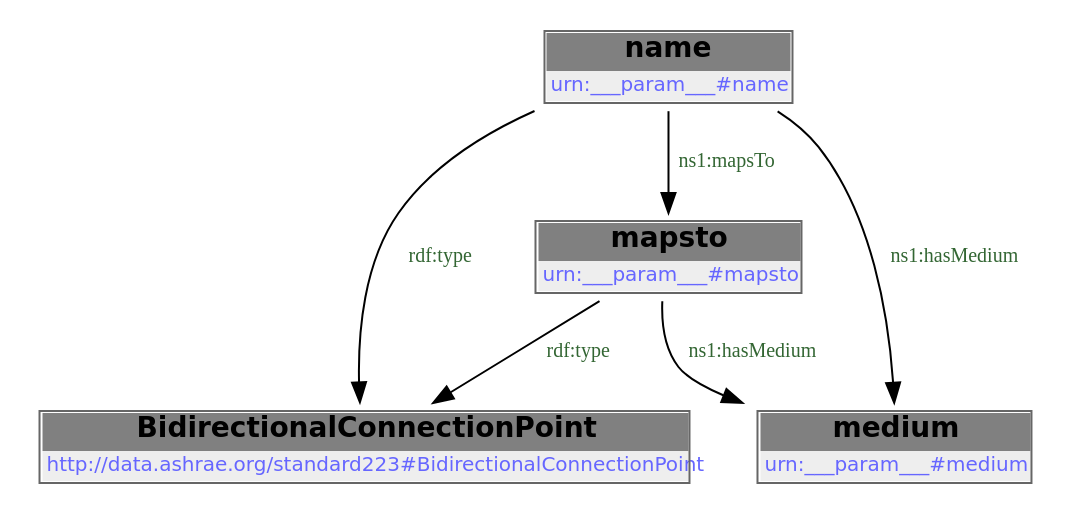
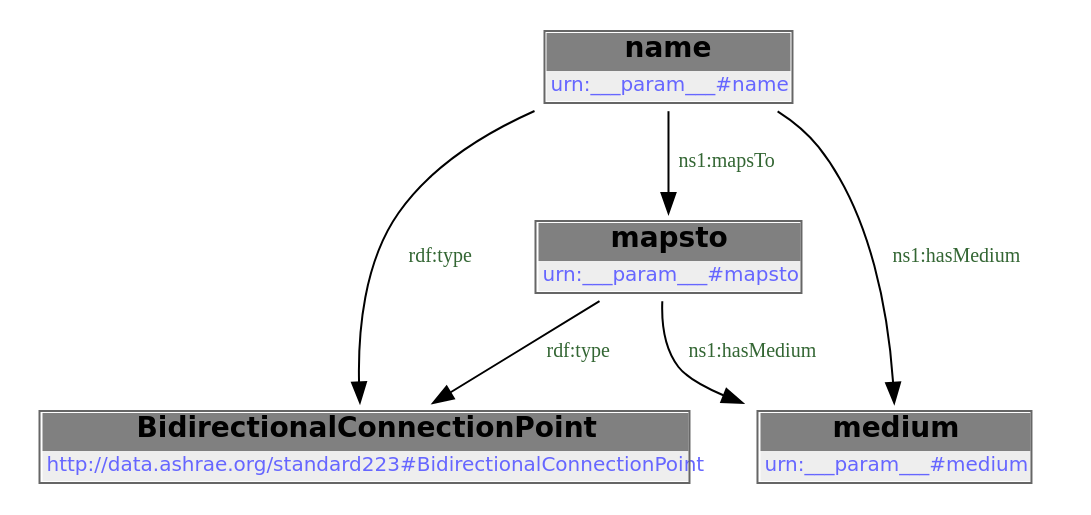
Before and after one commit to DataDrivenCPS/water-ontology: the first of 2 diagrams in docs/libraries/templates/bidirectional-cp.rst, drawn with Graphviz. The commit also changed other lines of this file and 33 other files, not shown here.

```diff
--- a/docs/libraries/templates/bidirectional-cp.rst
+++ b/docs/libraries/templates/bidirectional-cp.rst
@@ -64,14 +64,14 @@
         .. graphviz::
 
                 digraph G {
             node [fontname="DejaVu Sans"];
             node0 -> node1 [color=BLACK, label=< <font point-size='10' color='#336633'>rdf:type</font> >];
             node2 -> node1 [color=BLACK, label=< <font point-size='10' color='#336633'>rdf:type</font> >];
-            node0 -> node2 [color=BLACK, label=< <font point-size='10' color='#336633'>ns1:mapsTo</font> >];
+            node2 -> node0 [color=BLACK, label=< <font point-size='10' color='#336633'>ns1:mapsTo</font> >];
+            node0 -> node3 [color=BLACK, label=< <font point-size='10' color='#336633'>ns1:hasMedium</font> >];
             node2 -> node3 [color=BLACK, label=< <font point-size='10' color='#336633'>ns1:hasMedium</font> >];
-            node0 -> node3 [color=BLACK, label=< <font point-size='10' color='#336633'>ns1:hasMedium</font> >];
-            node0 [shape=none, color=black, label=< <table color='#666666' cellborder='0' cellspacing='0' border='1'><tr><td colspan='2' bgcolor='grey'><B>name</B></td></tr><tr><td href='urn:___param___#name' bgcolor='#eeeeee' colspan='2'><font point-size='10' color='#6666ff'>urn:___param___#name</font></td></tr></table> >];
+            node0 [shape=none, color=black, label=< <table color='#666666' cellborder='0' cellspacing='0' border='1'><tr><td colspan='2' bgcolor='grey'><B>mapsto</B></td></tr><tr><td href='urn:___param___#mapsto' bgcolor='#eeeeee' colspan='2'><font point-size='10' color='#6666ff'>urn:___param___#mapsto</font></td></tr></table> >];
             node1 [shape=none, color=black, label=< <table color='#666666' cellborder='0' cellspacing='0' border='1'><tr><td colspan='2' bgcolor='grey'><B>BidirectionalConnectionPoint</B></td></tr><tr><td href='http://data.ashrae.org/standard223#BidirectionalConnectionPoint' bgcolor='#eeeeee' colspan='2'><font point-size='10' color='#6666ff'>http://data.ashrae.org/standard223#BidirectionalConnectionPoint</font></td></tr></table> >];
-            node2 [shape=none, color=black, label=< <table color='#666666' cellborder='0' cellspacing='0' border='1'><tr><td colspan='2' bgcolor='grey'><B>mapsto</B></td></tr><tr><td href='urn:___param___#mapsto' bgcolor='#eeeeee' colspan='2'><font point-size='10' color='#6666ff'>urn:___param___#mapsto</font></td></tr></table> >];
+            node2 [shape=none, color=black, label=< <table color='#666666' cellborder='0' cellspacing='0' border='1'><tr><td colspan='2' bgcolor='grey'><B>name</B></td></tr><tr><td href='urn:___param___#name' bgcolor='#eeeeee' colspan='2'><font point-size='10' color='#6666ff'>urn:___param___#name</font></td></tr></table> >];
             node3 [shape=none, color=black, label=< <table color='#666666' cellborder='0' cellspacing='0' border='1'><tr><td colspan='2' bgcolor='grey'><B>medium</B></td></tr><tr><td href='urn:___param___#medium' bgcolor='#eeeeee' colspan='2'><font point-size='10' color='#6666ff'>urn:___param___#medium</font></td></tr></table> >];
             }
```
